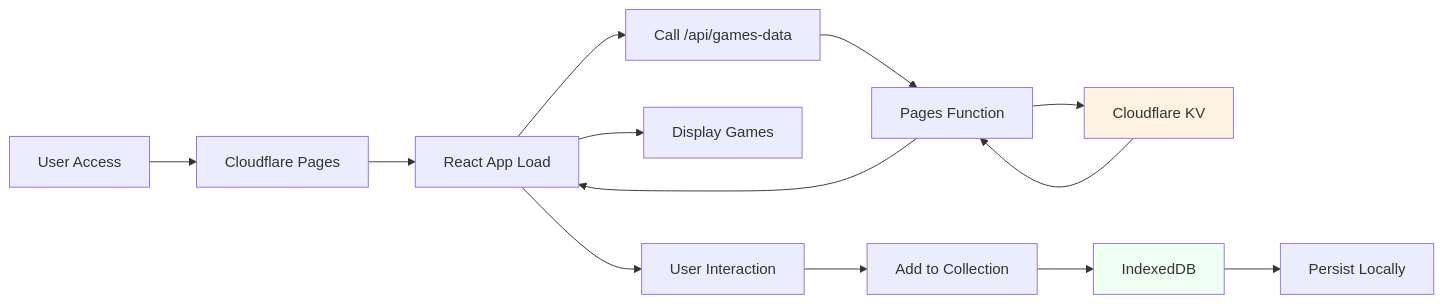
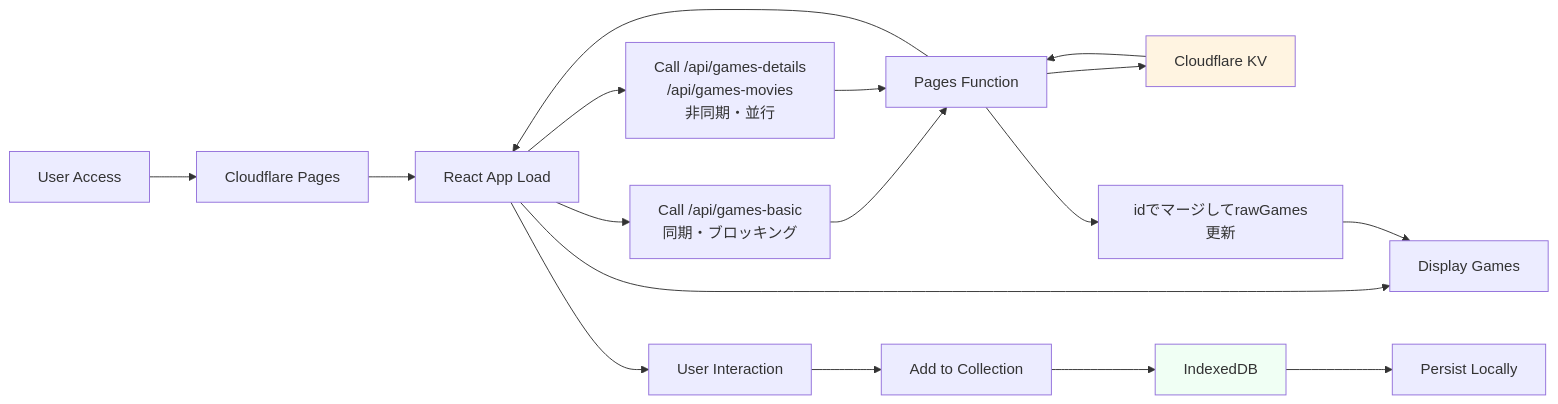
One commit to vibecoder-lab/game-seeker-vault changed the third of 7 diagrams in docs/ARCHITECTURE.md. Above: the diagram before and after it, drawn with Mermaid. The commit also changed other lines of this file and 12 other files, not shown here.

````diff
--- a/docs/ARCHITECTURE.md
+++ b/docs/ARCHITECTURE.md
@@ -154,19 +156,24 @@
 ```mermaid
 graph LR
     A[User Access] --> B[Cloudflare Pages]
     B --> C[React App Load]
-    C --> D[Call /api/games-data]
+    C --> D[Call /api/games-basic<br/>同期・ブロッキング]
     D --> E[Pages Function]
     E --> F[Cloudflare KV]
     F --> E
     E --> C
     C --> G[Display Games]
+
+    C --> D2[Call /api/games-details<br/>/api/games-movies<br/>非同期・並行]
+    D2 --> E
+    E --> C2[idでマージしてrawGames更新]
+    C2 --> G
 
     C --> H[User Interaction]
     H --> I[Add to Collection]
     I --> J[IndexedDB]
     J --> K[Persist Locally]
 
     style F fill:#fff4e1
     style J fill:#f0fff4
 ```
````
